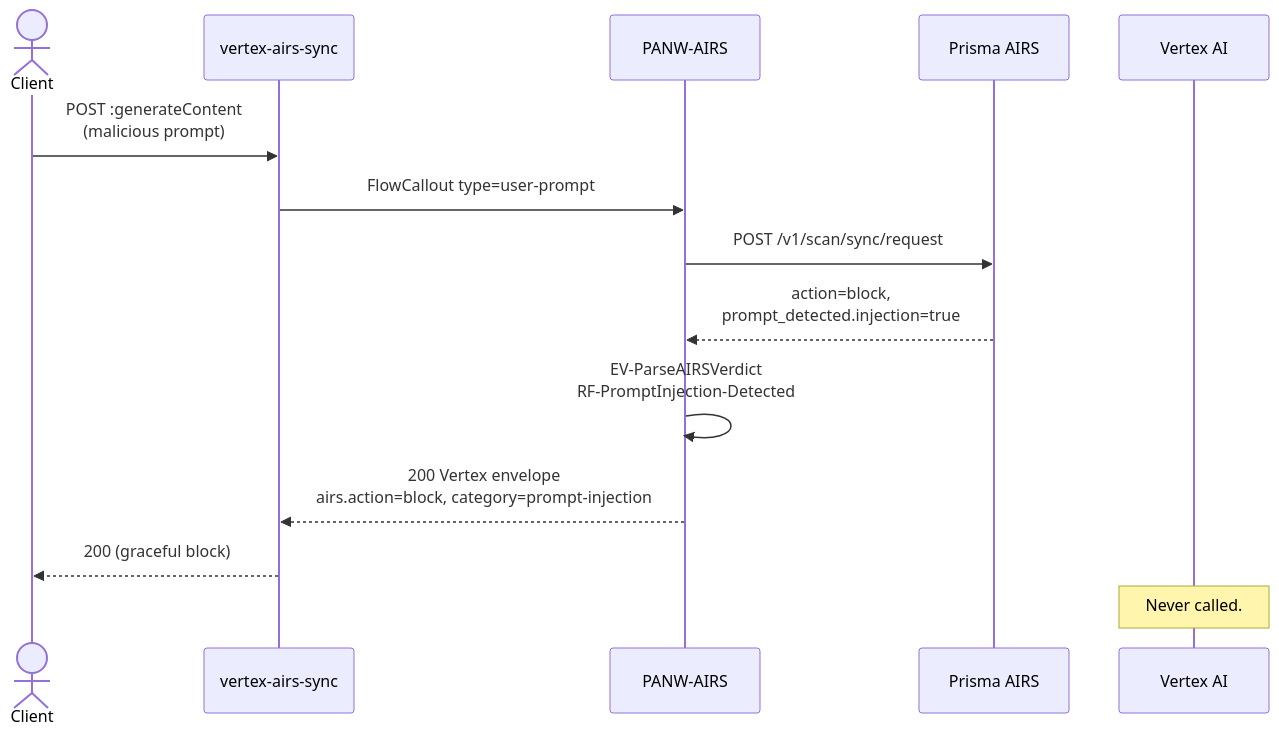
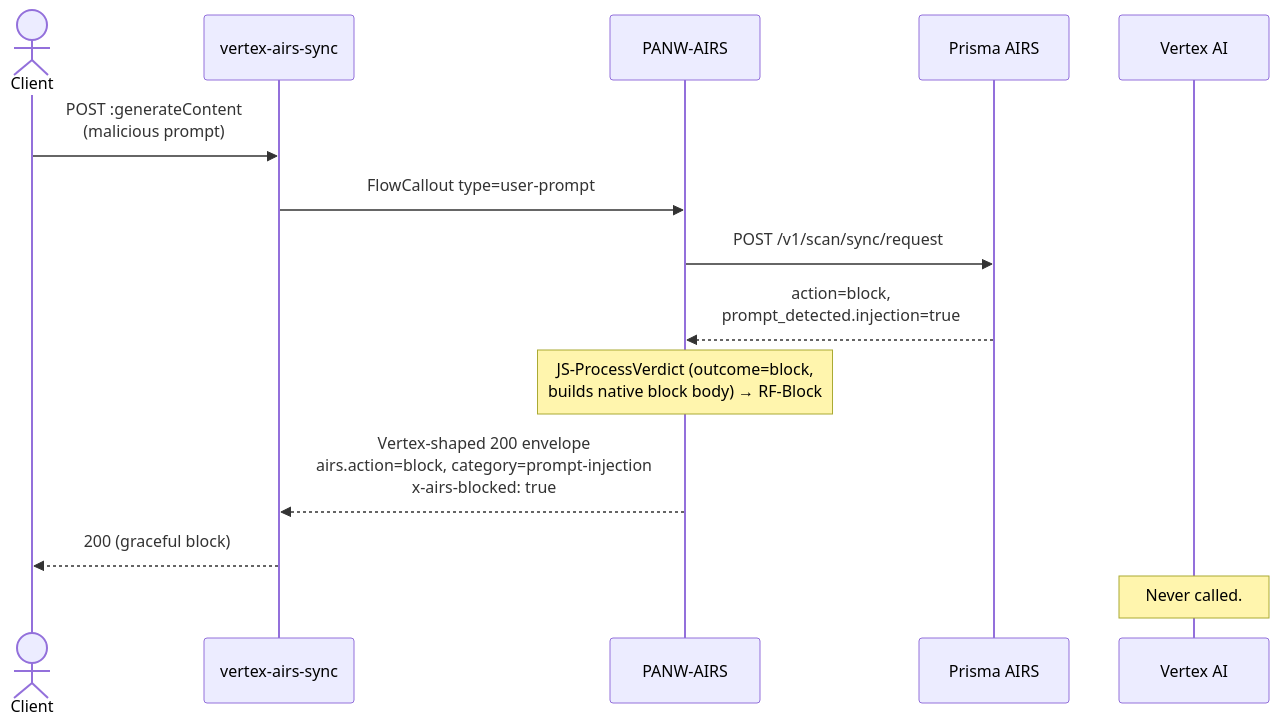
One commit to PaloAltoNetworks/prisma-airs-integrations changed the third of 5 diagrams in Google/apigee/sharedflow/ARCHITECTURE.md. Above: the diagram before and after it, drawn with Mermaid. The commit also changed other lines of this file and 29 other files, not shown here.

````diff
--- a/Google/apigee/sharedflow/ARCHITECTURE.md
+++ b/Google/apigee/sharedflow/ARCHITECTURE.md
@@ -98,17 +95,17 @@
 ```mermaid
 sequenceDiagram
     actor Client
     participant Proxy as vertex-airs-sync
     participant SF as PANW-AIRS
     participant AIRS as Prisma AIRS
     participant Vertex as Vertex AI
 
     Client->>Proxy: POST :generateContent<br/>(malicious prompt)
     Proxy->>SF: FlowCallout type=user-prompt
     SF->>AIRS: POST /v1/scan/sync/request
     AIRS-->>SF: action=block,<br/>prompt_detected.injection=true
-    SF->>SF: EV-ParseAIRSVerdict<br/>RF-PromptInjection-Detected
-    SF-->>Proxy: 200 Vertex envelope<br/>airs.action=block, category=prompt-injection
+    Note over SF: JS-ProcessVerdict (outcome=block,<br/>builds native block body) → RF-Block
+    SF-->>Proxy: Vertex-shaped 200 envelope<br/>airs.action=block, category=prompt-injection<br/>x-airs-blocked: true
     Proxy-->>Client: 200 (graceful block)
     Note over Vertex: Never called.
 ```
````
